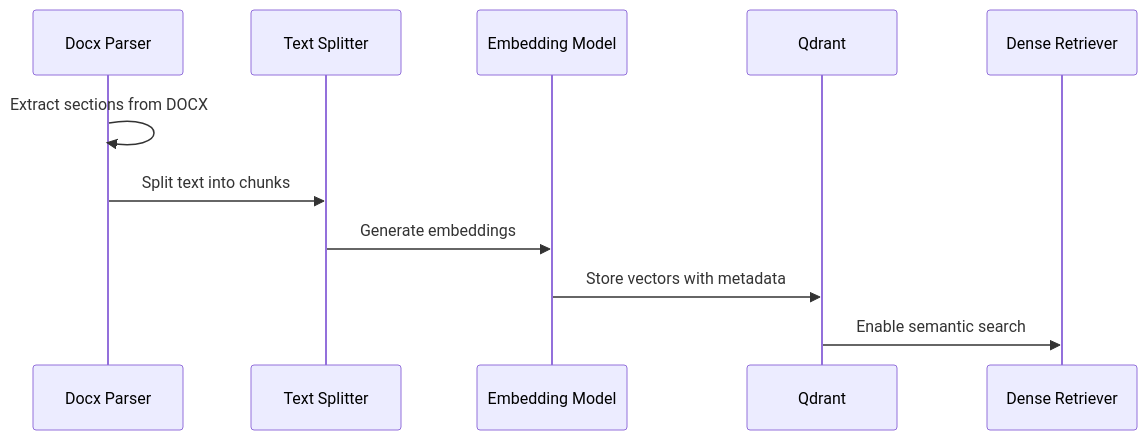
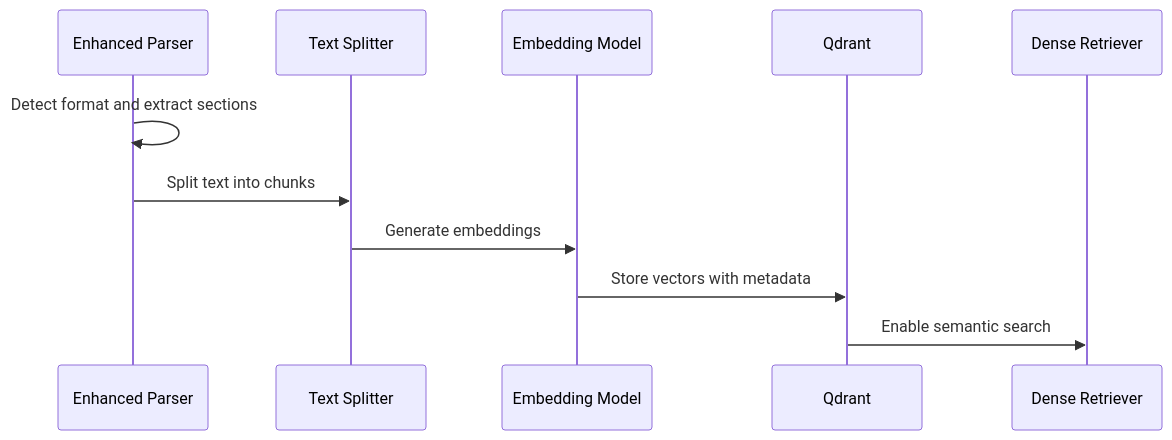
Before and after one commit to ognelis/cafetera_hr_bot: diagram 14 of 18 in .qoder/repowiki/en/content/Document Management System.md, drawn with Mermaid. The commit also changed other lines of this file and 11 other files, not shown here.

````diff
--- a/.qoder/repowiki/en/content/Document Management System.md
+++ b/.qoder/repowiki/en/content/Document Management System.md
@@ -696,13 +798,13 @@
 ```mermaid
 sequenceDiagram
-participant Parser as Docx Parser
+participant Parser as Enhanced Parser
 participant Splitter as Text Splitter
 participant Embedder as Embedding Model
 participant VectorDB as Qdrant
 participant Retriever as Dense Retriever
-Parser->>Parser : Extract sections from DOCX
+Parser->>Parser : Detect format and extract sections
 Parser->>Splitter : Split text into chunks
 Splitter->>Embedder : Generate embeddings
 Embedder->>VectorDB : Store vectors with metadata
 VectorDB->>Retriever : Enable semantic search
 ```
````
